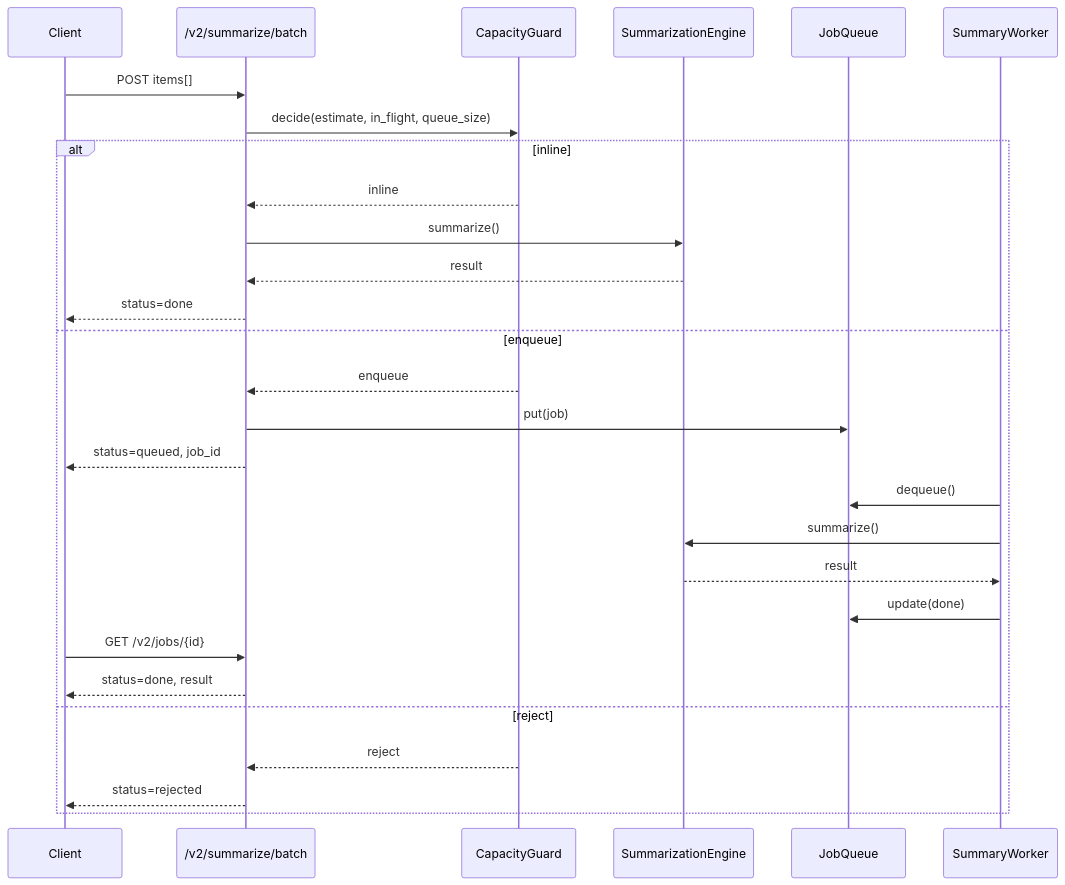
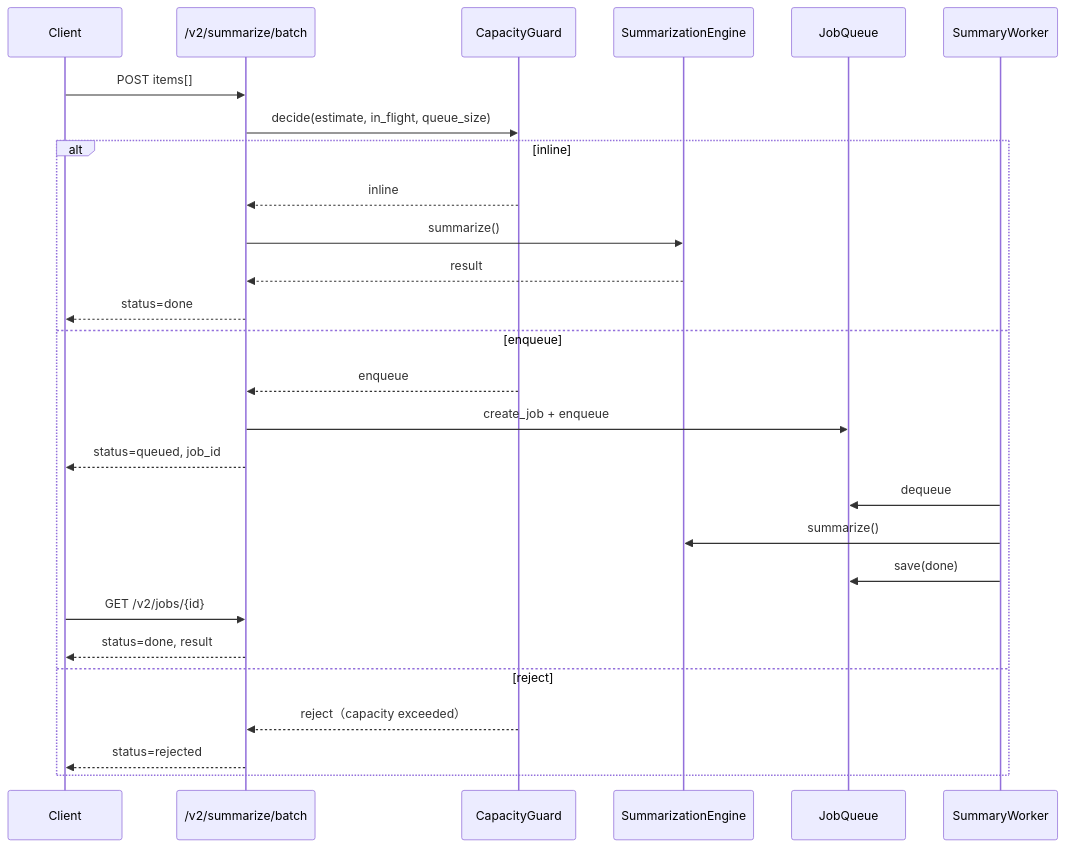
The fifth of 7 diagrams in README.md (DemonDamon/AgenticX-LongTextSummarizer), drawn with Mermaid before and after one commit. The commit also changed other lines of this file and 6 other files, not shown here.

````diff
--- a/README.md
+++ b/README.md
@@ -479,31 +247,30 @@
 ```mermaid
 sequenceDiagram
     participant Client
     participant API as /v2/summarize/batch
     participant Guard as CapacityGuard
     participant Engine as SummarizationEngine
     participant Queue as JobQueue
     participant Worker as SummaryWorker
 
     Client->>API: POST items[]
     API->>Guard: decide(estimate, in_flight, queue_size)
     alt inline
         Guard-->>API: inline
         API->>Engine: summarize()
         Engine-->>API: result
         API-->>Client: status=done
     else enqueue
         Guard-->>API: enqueue
-        API->>Queue: put(job)
+        API->>Queue: create_job + enqueue
         API-->>Client: status=queued, job_id
-        Worker->>Queue: dequeue()
+        Worker->>Queue: dequeue
         Worker->>Engine: summarize()
-        Engine-->>Worker: result
-        Worker->>Queue: update(done)
+        Worker->>Queue: save(done)
         Client->>API: GET /v2/jobs/{id}
         API-->>Client: status=done, result
     else reject
-        Guard-->>API: reject
+        Guard-->>API: reject（capacity exceeded）
         API-->>Client: status=rejected
     end
 ```
````
